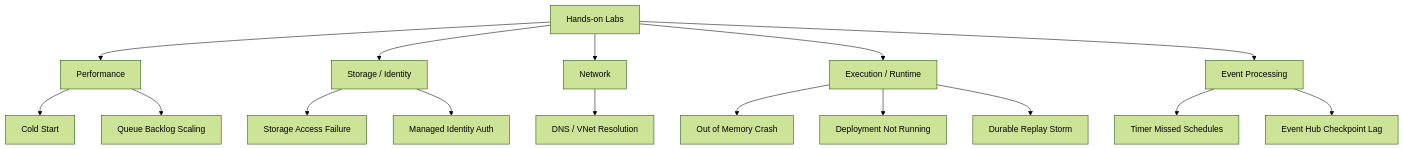
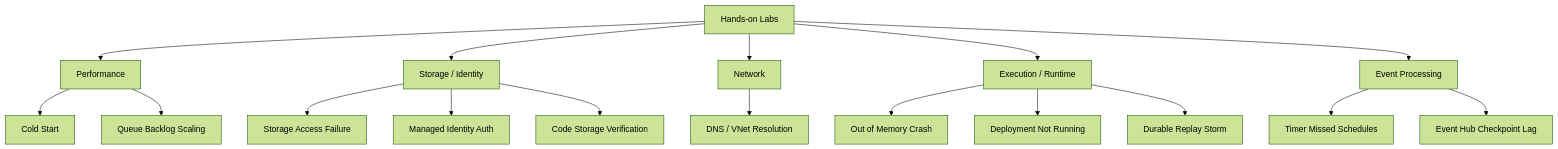
Before and after one commit to yeongseon/azure-functions-practical-guide: the diagram in docs/troubleshooting/lab-guides.md, drawn with Mermaid (forest theme). The commit also changed other lines of this file and 4 other files, not shown here.

First line of the commit message:
feat: add code storage verification lab with 19 misconfiguration scenarios across all hosting plans

````diff
--- a/docs/troubleshooting/lab-guides.md
+++ b/docs/troubleshooting/lab-guides.md
@@ -6,18 +6,19 @@
 ```mermaid
 graph TD
     A[Hands-on Labs] --> B[Performance]
     A --> C[Storage / Identity]
     A --> D[Network]
     A --> E[Execution / Runtime]
     A --> F[Event Processing]
     B --> B1[Cold Start]
     B --> B2[Queue Backlog Scaling]
     C --> C1[Storage Access Failure]
     C --> C2[Managed Identity Auth]
+    C --> C3[Code Storage Verification]
     D --> D1[DNS / VNet Resolution]
     E --> E1[Out of Memory Crash]
     E --> E2[Deployment Not Running]
     E --> E3[Durable Replay Storm]
     F --> F1[Timer Missed Schedules]
     F --> F2[Event Hub Checkpoint Lag]
 ```
````
